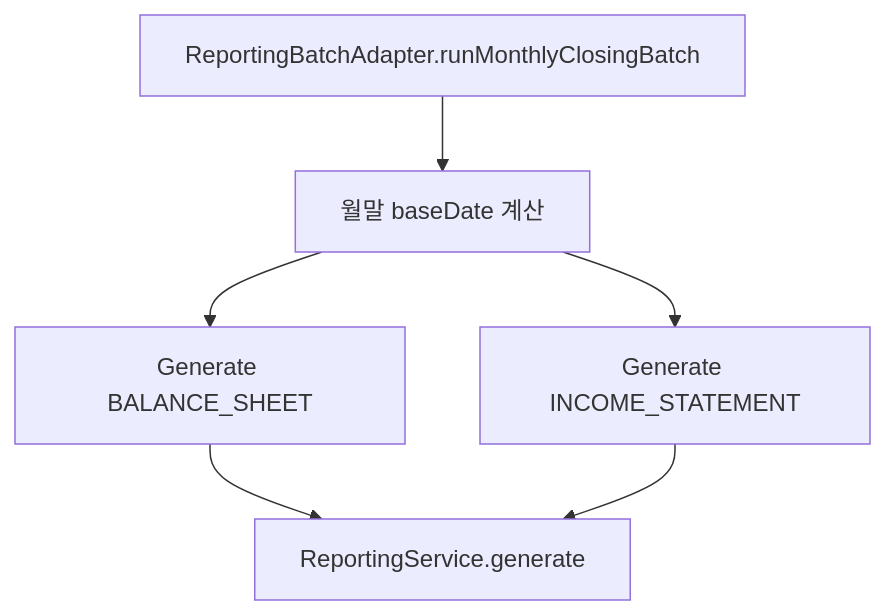
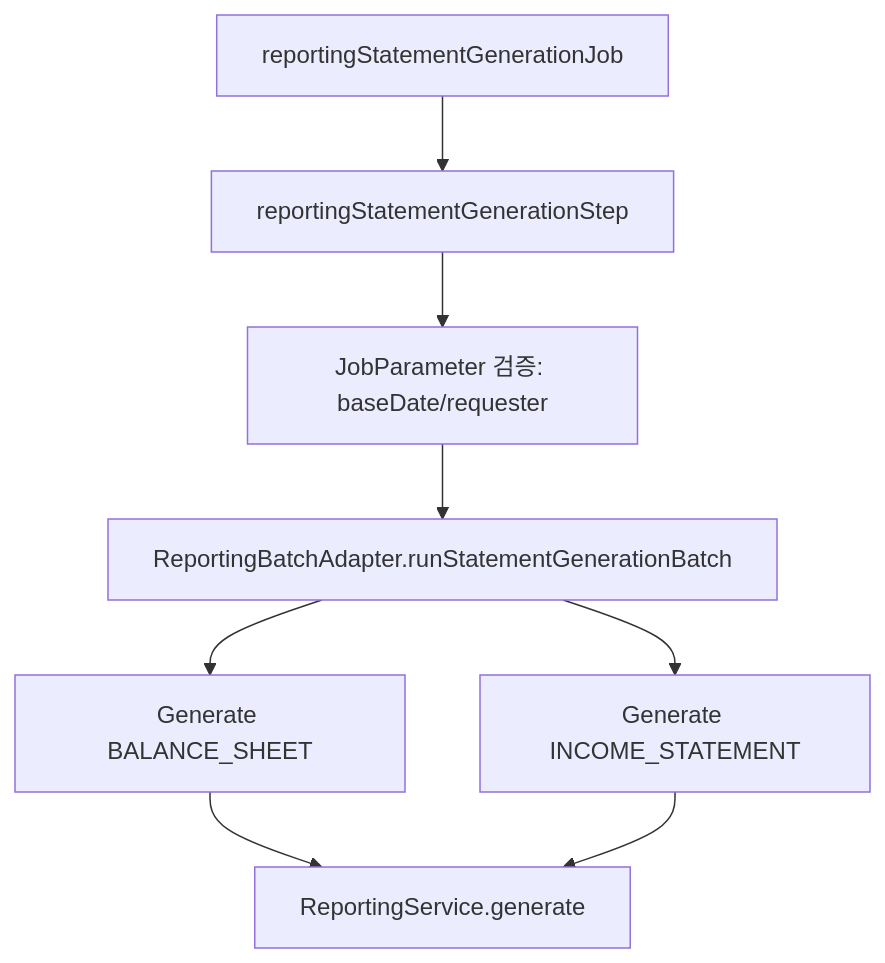
One commit to skyg547/account changed the fifth of 5 diagrams in reporting/docs/process-flow.md. Above: the diagram before and after it, drawn with Mermaid. The commit also changed other lines of this file and 395 other files, not shown here.

````diff
--- a/reporting/docs/process-flow.md
+++ b/reporting/docs/process-flow.md
@@ -101,8 +101,10 @@
 ```mermaid
 flowchart TD
-    A[ReportingBatchAdapter.runMonthlyClosingBatch] --> B[월말 baseDate 계산]
-    B --> C[Generate BALANCE_SHEET]
-    B --> D[Generate INCOME_STATEMENT]
-    C --> E[ReportingService.generate]
-    D --> E
+    A[reportingStatementGenerationJob] --> B[reportingStatementGenerationStep]
+    B --> C[JobParameter 검증: baseDate/requester]
+    C --> D[ReportingBatchAdapter.runStatementGenerationBatch]
+    D --> E[Generate BALANCE_SHEET]
+    D --> F[Generate INCOME_STATEMENT]
+    E --> G[ReportingService.generate]
+    F --> G
 ```
````
